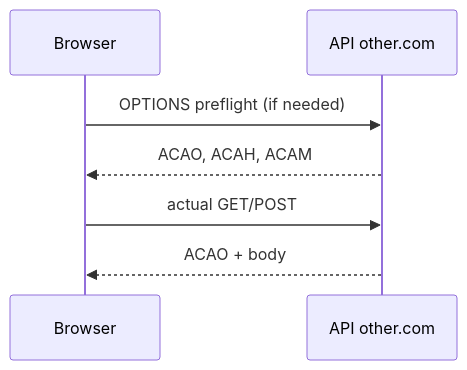
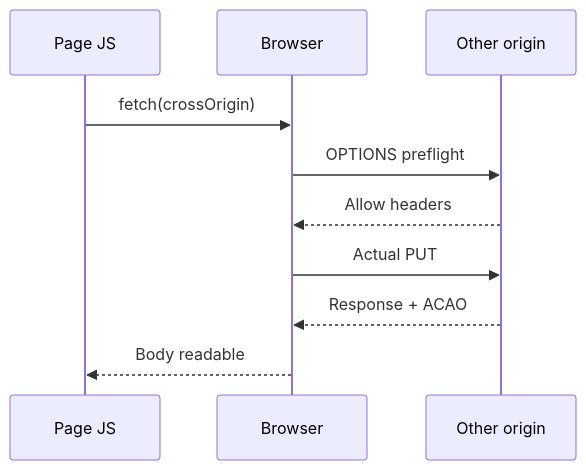
One commit to prajjwaljogdand/FullstackPreparation changed the seventh of 8 diagrams in docs/browser/05-networking.md. Above: the diagram before and after it, drawn with Mermaid. The commit also changed other lines of this file and 91 other files, not shown here.

````diff
--- a/docs/browser/05-networking.md
+++ b/docs/browser/05-networking.md
@@ -92,9 +438,12 @@
 ```mermaid
 sequenceDiagram
+  participant JS as Page JS
   participant B as Browser
-  participant S as API other.com
-  B->>S: OPTIONS preflight (if needed)
-  S-->>B: ACAO, ACAH, ACAM
-  B->>S: actual GET/POST
-  S-->>B: ACAO + body
+  participant S as Other origin
+  JS->>B: fetch(crossOrigin)
+  B->>S: OPTIONS preflight
+  S-->>B: Allow headers
+  B->>S: Actual PUT
+  S-->>B: Response + ACAO
+  B-->>JS: Body readable
 ```
````
